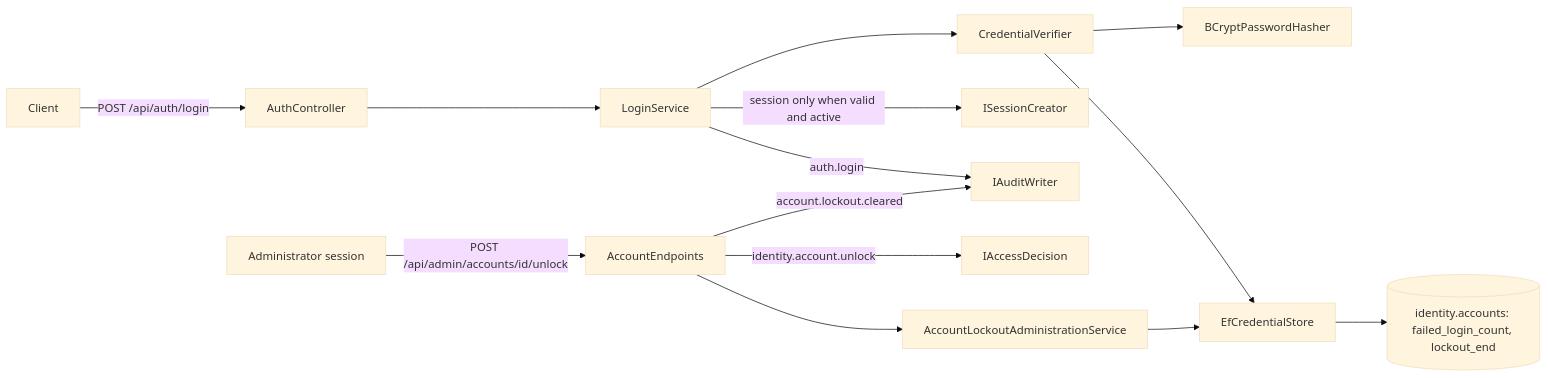
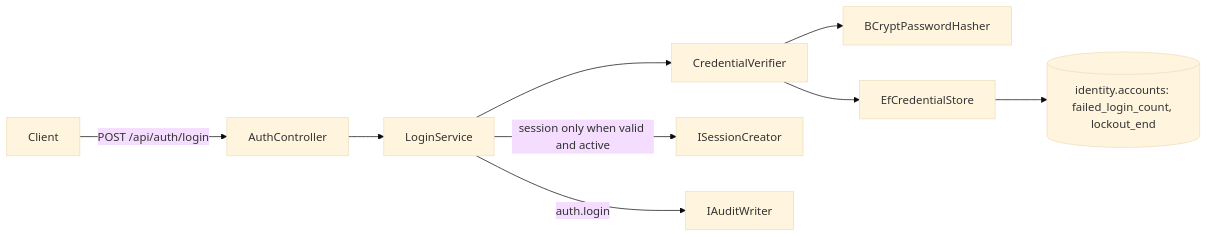
One commit to djufa762x39/security-lab changed the first of 2 diagrams in docs/components/identity/IDN-05-lockout.md. Above: the diagram before and after it, drawn with Mermaid (base theme). The commit also changed other lines of this file and 2 other files, not shown here.

Commit message:
IDN-05: update docs for the removed unlock and set Team 4

````diff
--- a/docs/components/identity/IDN-05-lockout.md
+++ b/docs/components/identity/IDN-05-lockout.md
@@ -27,16 +25,11 @@
 ```mermaid
 flowchart LR
   C[Client] -->|POST /api/auth/login| L[AuthController]
   L --> UC[LoginService]
   UC --> V[CredentialVerifier]
   V --> H[BCryptPasswordHasher]
   V --> S[EfCredentialStore]
   S --> D[(identity.accounts: failed_login_count, lockout_end)]
   UC -->|session only when valid and active| SC[ISessionCreator]
   UC -->|auth.login| AU[IAuditWriter]
-  ADM[Administrator session] -->|POST /api/admin/accounts/id/unlock| E[AccountEndpoints]
-  E -->|identity.account.unlock| AD[IAccessDecision]
-  E --> LA[AccountLockoutAdministrationService]
-  LA --> S
-  E -->|account.lockout.cleared| AU
 ```
````
